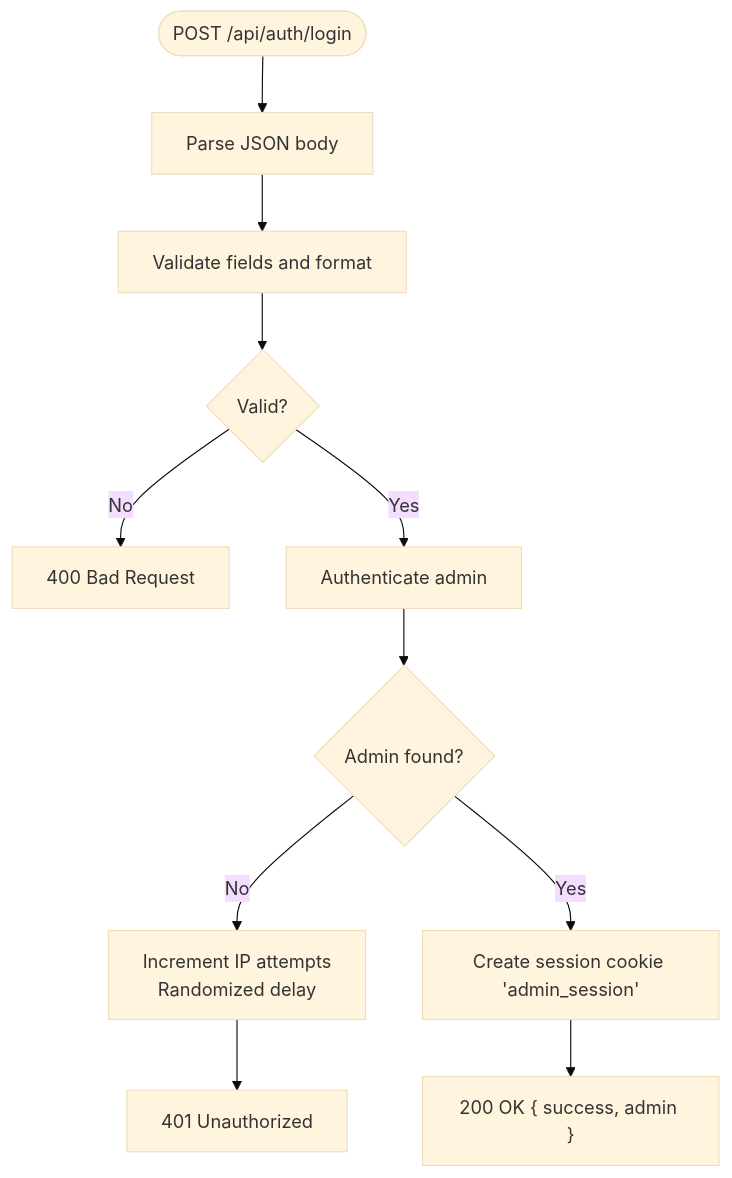
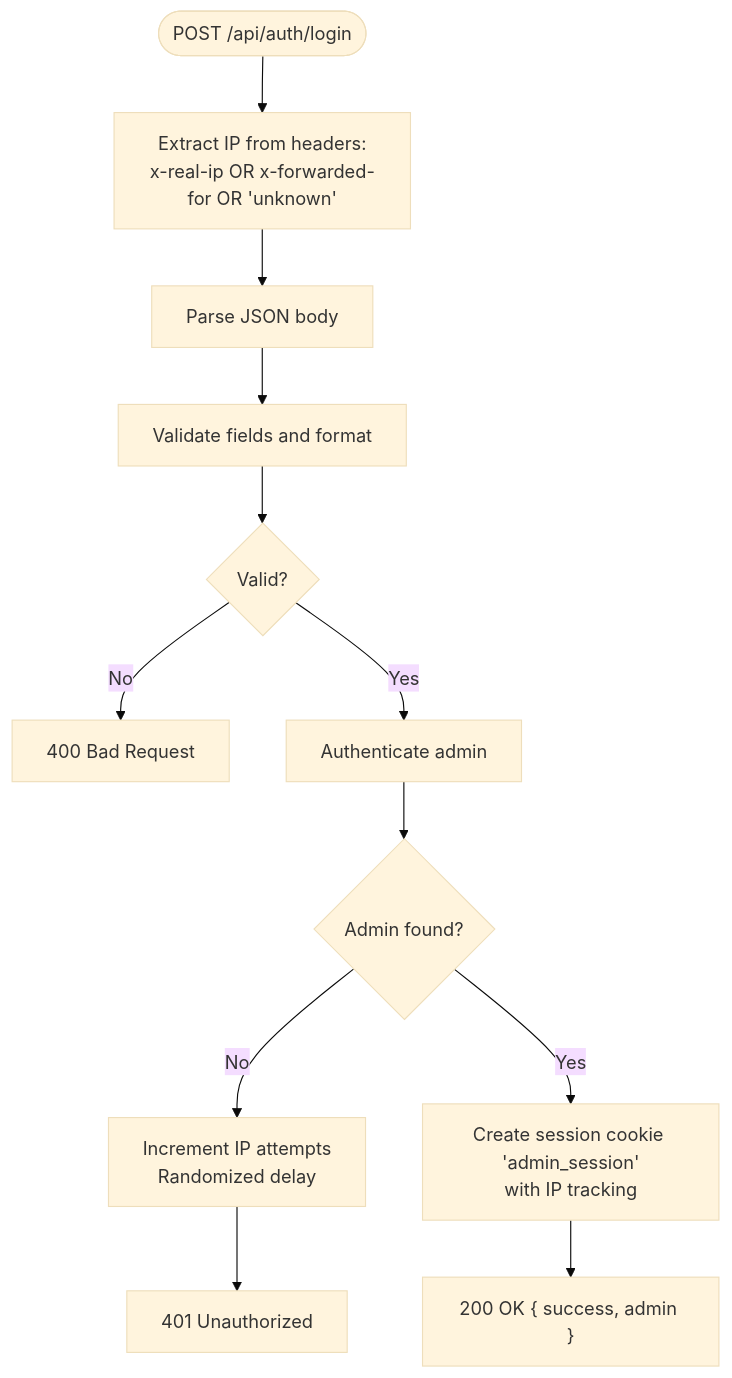
Before and after one commit to xLegarda/GreenAxis: the third of 9 diagrams in .qoder/repowiki/en/content/API Reference/Authentication API.md, drawn with Mermaid (base theme). The commit also changed other lines of this file and 42 other files, not shown here.

````diff
--- a/.qoder/repowiki/en/content/API Reference/Authentication API.md
+++ b/.qoder/repowiki/en/content/API Reference/Authentication API.md
@@ -163,12 +182,13 @@
 ```mermaid
 flowchart TD
-Start(["POST /api/auth/login"]) --> Parse["Parse JSON body"]
+Start(["POST /api/auth/login"]) --> ExtractIP["Extract IP from headers:<br/>x-real-ip OR x-forwarded-for OR 'unknown'"]
+ExtractIP --> Parse["Parse JSON body"]
 Parse --> Validate["Validate fields and format"]
 Validate --> Valid{"Valid?"}
 Valid --> |No| Err400["400 Bad Request"]
 Valid --> |Yes| Attempt["Authenticate admin"]
 Attempt --> Found{"Admin found?"}
 Found --> |No| Inc["Increment IP attempts<br/>Randomized delay"] --> Err401["401 Unauthorized"]
-Found --> |Yes| Create["Create session cookie 'admin_session'"]
+Found --> |Yes| Create["Create session cookie 'admin_session'<br/>with IP tracking"]
 Create --> Ok["200 OK { success, admin }"]
 ```
````
